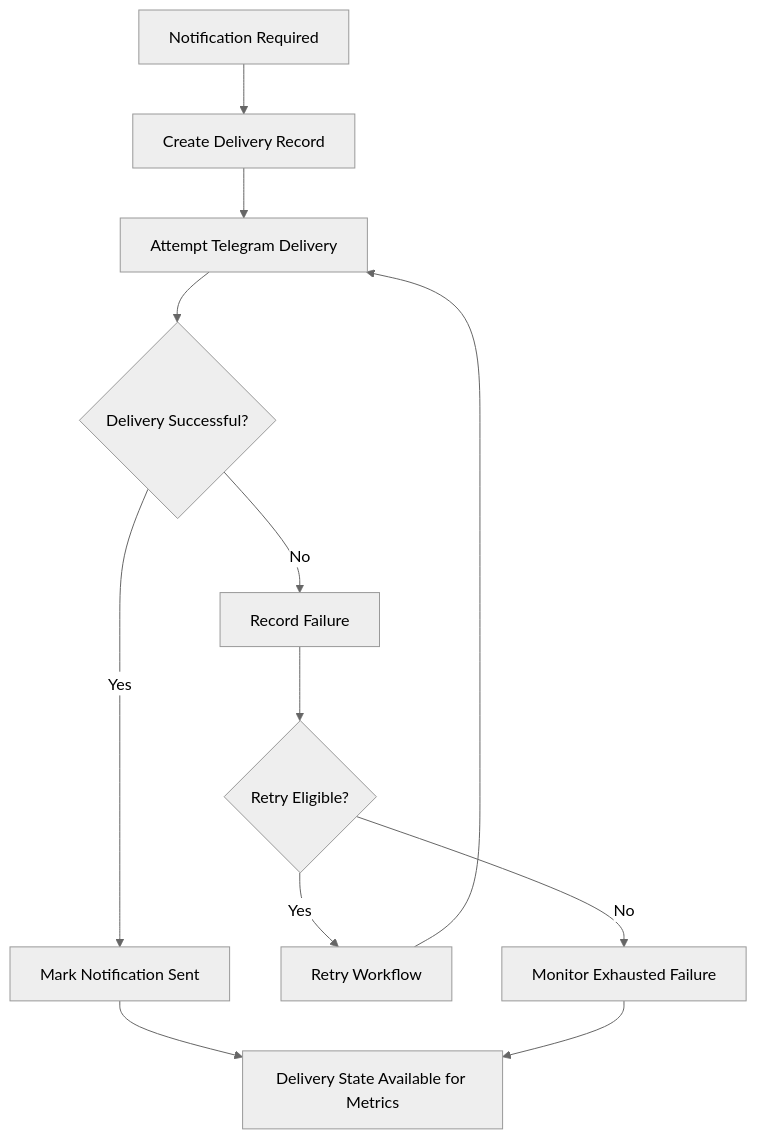
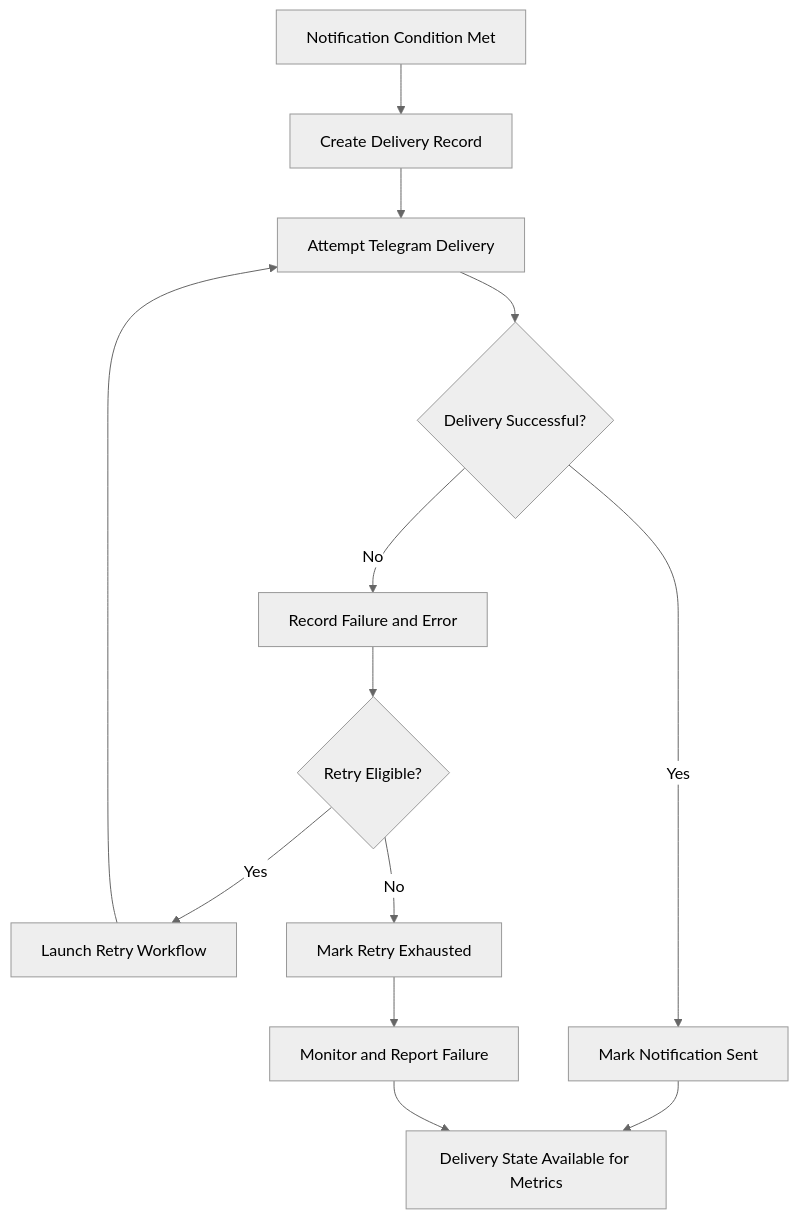
One commit to felixbix/ai-automation-portfolio changed the third of 3 diagrams in projects/cendara/architecture.md. Above: the diagram before and after it, drawn with Mermaid (neutral theme). The commit also changed other lines of this file, not shown here.

First line of the commit message:
Revise architecture.md for clarity and detail

````diff
--- a/projects/cendara/architecture.md
+++ b/projects/cendara/architecture.md
@@ -36,17 +89,21 @@
 ```mermaid
 flowchart TD
-    A["Notification Required"] --> B["Create Delivery Record"]
+    A["Notification Condition Met"] --> B["Create Delivery Record"]
     B --> C["Attempt Telegram Delivery"]
+
     C --> D{"Delivery Successful?"}
 
     D -->|Yes| E["Mark Notification Sent"]
-    D -->|No| F["Record Failure"]
+    D -->|No| F["Record Failure and Error"]
 
     F --> G{"Retry Eligible?"}
-    G -->|Yes| H["Retry Workflow"]
+
+    G -->|Yes| H["Launch Retry Workflow"]
     H --> C
-    G -->|No| I["Monitor Exhausted Failure"]
 
-    E --> J["Delivery State Available for Metrics"]
-    I --> J
+    G -->|No| I["Mark Retry Exhausted"]
+    I --> J["Monitor and Report Failure"]
+
+    E --> K["Delivery State Available for Metrics"]
+    J --> K
 ```
````
